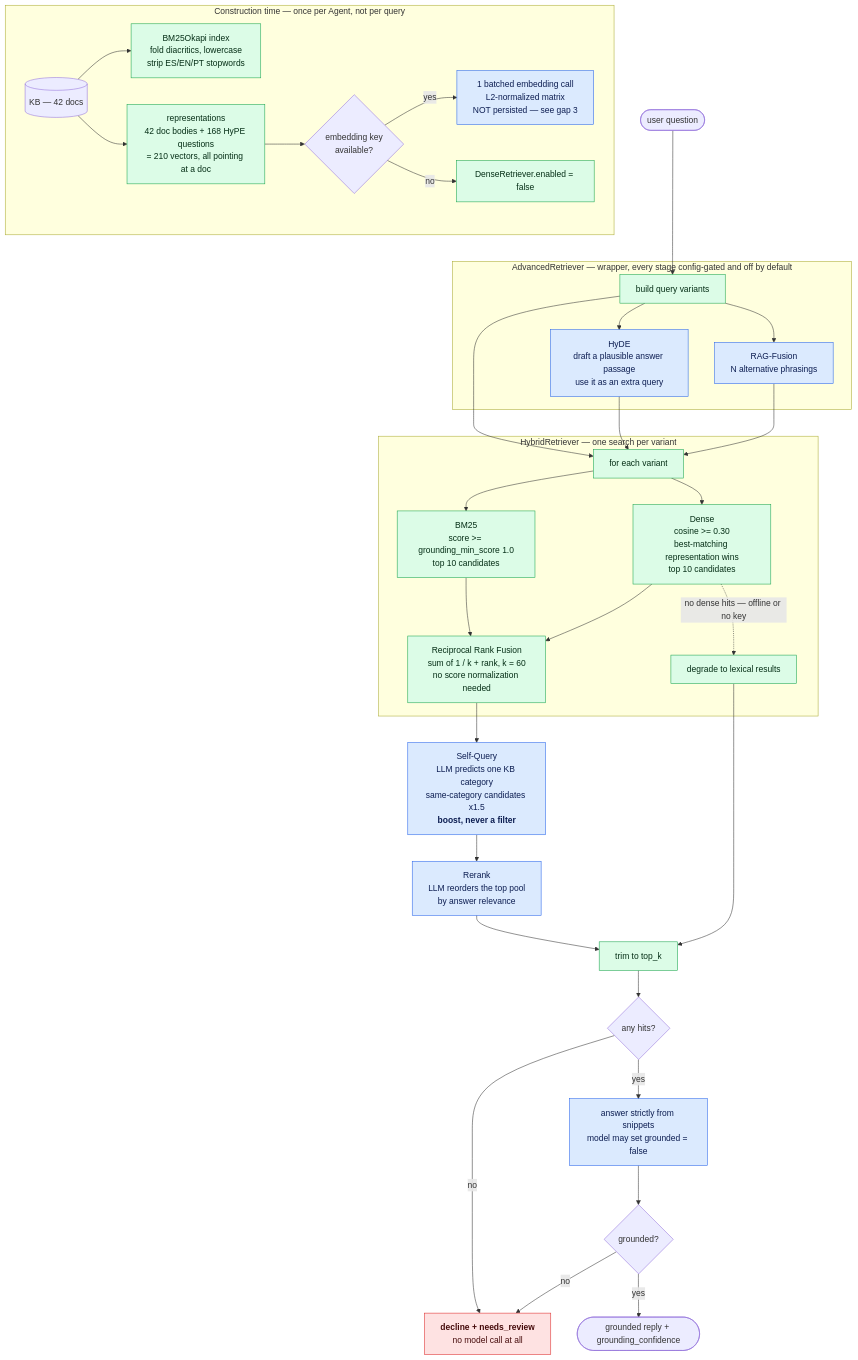
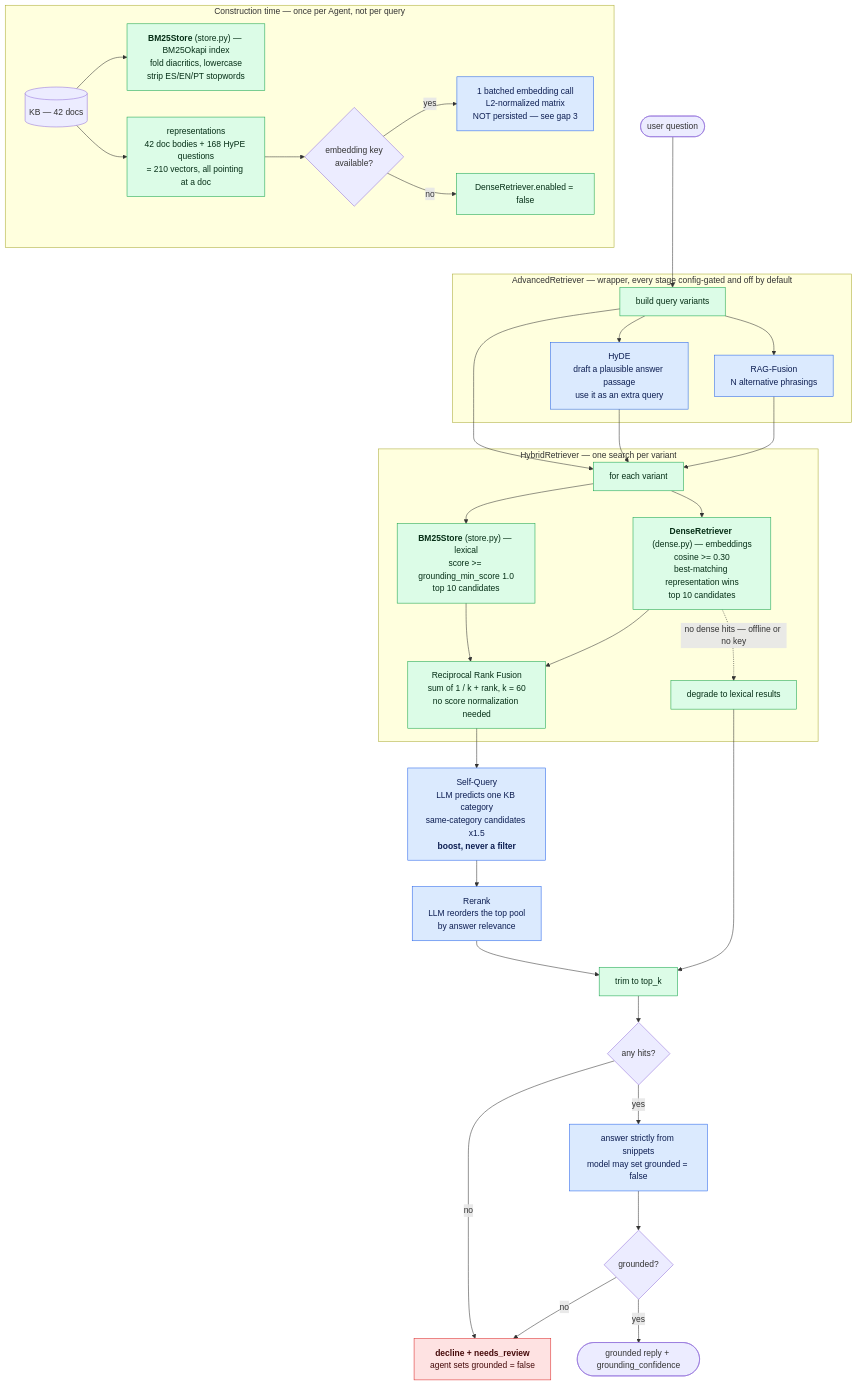
Before and after one commit to Deyber2000/zapp-ai-agent: the diagram in docs/layer-2-retrieval.md, drawn with Mermaid. The commit also changed other lines of this file and 7 other files, not shown here.

Commit message:
docs: reconcile to the agent core + component map & refreshed layer diagrams

````diff
--- a/docs/layer-2-retrieval.md
+++ b/docs/layer-2-retrieval.md
@@ -10,50 +10,50 @@
 ```mermaid
 flowchart TB
     subgraph boot["Construction time — once per Agent, not per query"]
-        KB[("KB — 42 docs")] --> IDX["BM25Okapi index<br/>fold diacritics, lowercase<br/>strip ES/EN/PT stopwords"]
+        KB[("KB — 42 docs")] --> IDX["<b>BM25Store</b> (store.py) — BM25Okapi index<br/>fold diacritics, lowercase<br/>strip ES/EN/PT stopwords"]
         KB --> REP["representations<br/>42 doc bodies + 168 HyPE questions<br/>= 210 vectors, all pointing at a doc"]
         REP --> KEY{"embedding key<br/>available?"}
         KEY -->|yes| VEC["1 batched embedding call<br/>L2-normalized matrix<br/>NOT persisted — see gap 3"]
         KEY -->|no| DIS["DenseRetriever.enabled = false"]
     end
 
     QRY(["user question"]) --> EXP
 
     subgraph advanced["AdvancedRetriever — wrapper, every stage config-gated and off by default"]
         EXP["build query variants"]
         EXP --> HY["HyDE<br/>draft a plausible answer passage<br/>use it as an extra query"]
         EXP --> RF["RAG-Fusion<br/>N alternative phrasings"]
     end
 
     EXP --> BASE
     HY --> BASE
     RF --> BASE
 
     subgraph hybrid["HybridRetriever — one search per variant"]
-        BASE["for each variant"] --> SP["BM25<br/>score >= grounding_min_score 1.0<br/>top 10 candidates"]
-        BASE --> DN["Dense<br/>cosine >= 0.30<br/>best-matching representation wins<br/>top 10 candidates"]
+        BASE["for each variant"] --> SP["<b>BM25Store</b> (store.py) — lexical<br/>score >= grounding_min_score 1.0<br/>top 10 candidates"]
+        BASE --> DN["<b>DenseRetriever</b> (dense.py) — embeddings<br/>cosine >= 0.30<br/>best-matching representation wins<br/>top 10 candidates"]
         SP --> RRF
         DN --> RRF
         DN -.->|"no dense hits — offline or no key"| DEG["degrade to lexical results"]
         RRF["Reciprocal Rank Fusion<br/>sum of 1 / k + rank, k = 60<br/>no score normalization needed"]
     end
 
     RRF --> SQ["Self-Query<br/>LLM predicts one KB category<br/>same-category candidates x1.5<br/><b>boost, never a filter</b>"]
     SQ --> RR["Rerank<br/>LLM reorders the top pool<br/>by answer relevance"]
     RR --> TRIM["trim to top_k"]
     DEG --> TRIM
 
     TRIM --> HITS{"any hits?"}
-    HITS -->|no| DECL["<b>decline + needs_review</b><br/>no model call at all"]
+    HITS -->|no| DECL["<b>decline + needs_review</b><br/>agent sets grounded = false"]
     HITS -->|yes| ANS["answer strictly from snippets<br/>model may set grounded = false"]
     ANS --> G2{"grounded?"}
     G2 -->|no| DECL
     G2 -->|yes| OK(["grounded reply + grounding_confidence"])
 
     classDef det fill:#dcfce7,stroke:#16a34a,color:#052e16;
     classDef llm fill:#dbeafe,stroke:#2563eb,color:#0c1d51;
     classDef safe fill:#fee2e2,stroke:#dc2626,color:#450a0a;
     class IDX,REP,SP,DN,RRF,TRIM,DEG,DIS,EXP,BASE det;
     class VEC,HY,RF,SQ,RR,ANS llm;
     class DECL safe;
 ```
````
